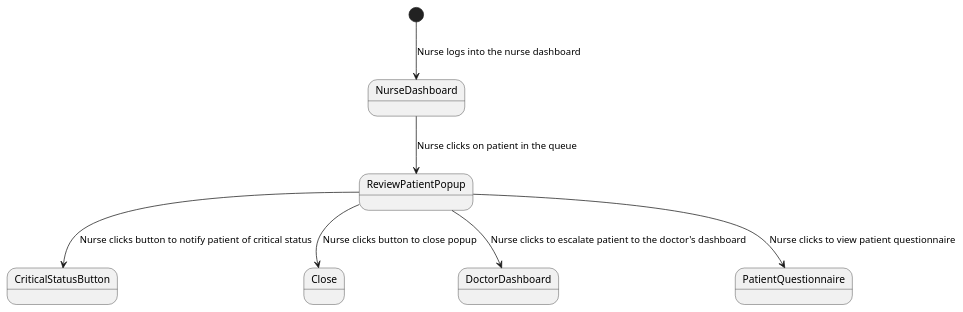
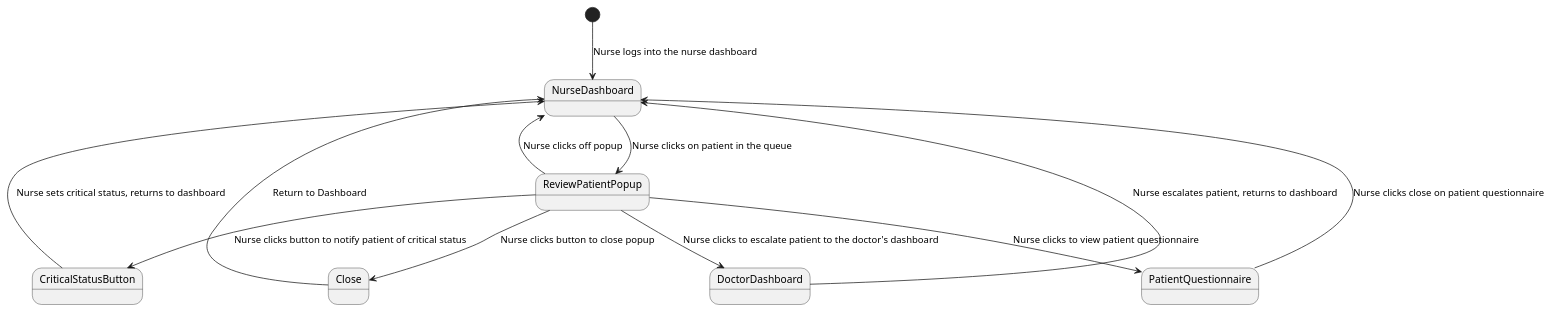
The diagram in milestone_2/state_diagrams/stateNurse.puml (SENG-350-2024-fall/Group2), drawn with PlantUML before and after one commit. The commit also changed 1 other file, not shown here.

```diff
--- a/milestone_2/state_diagrams/stateNurse.puml
+++ b/milestone_2/state_diagrams/stateNurse.puml
@@ -1,10 +1,15 @@
 @startuml State
 
 [*] --> NurseDashboard : Nurse logs into the nurse dashboard
 NurseDashboard --> ReviewPatientPopup : Nurse clicks on patient in the queue
 ReviewPatientPopup --> CriticalStatusButton : Nurse clicks button to notify patient of critical status
 ReviewPatientPopup --> Close : Nurse clicks button to close popup
 ReviewPatientPopup --> DoctorDashboard : Nurse clicks to escalate patient to the doctor's dashboard
 ReviewPatientPopup --> PatientQuestionnaire : Nurse clicks to view patient questionnaire
+Close --> NurseDashboard : Return to Dashboard
+DoctorDashboard --> NurseDashboard : Nurse escalates patient, returns to dashboard
+CriticalStatusButton --> NurseDashboard : Nurse sets critical status, returns to dashboard
+PatientQuestionnaire --> NurseDashboard : Nurse clicks close on patient questionnaire
+ReviewPatientPopup --> NurseDashboard : Nurse clicks off popup
 
 @enduml
```
